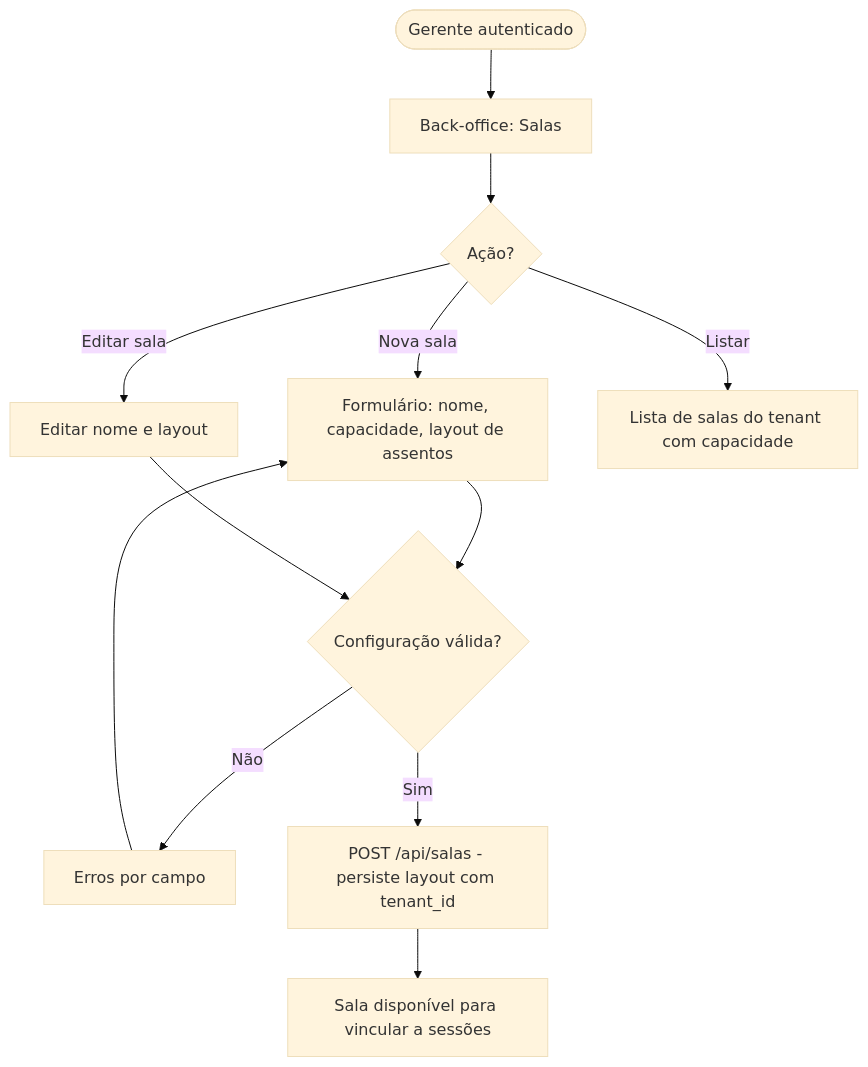
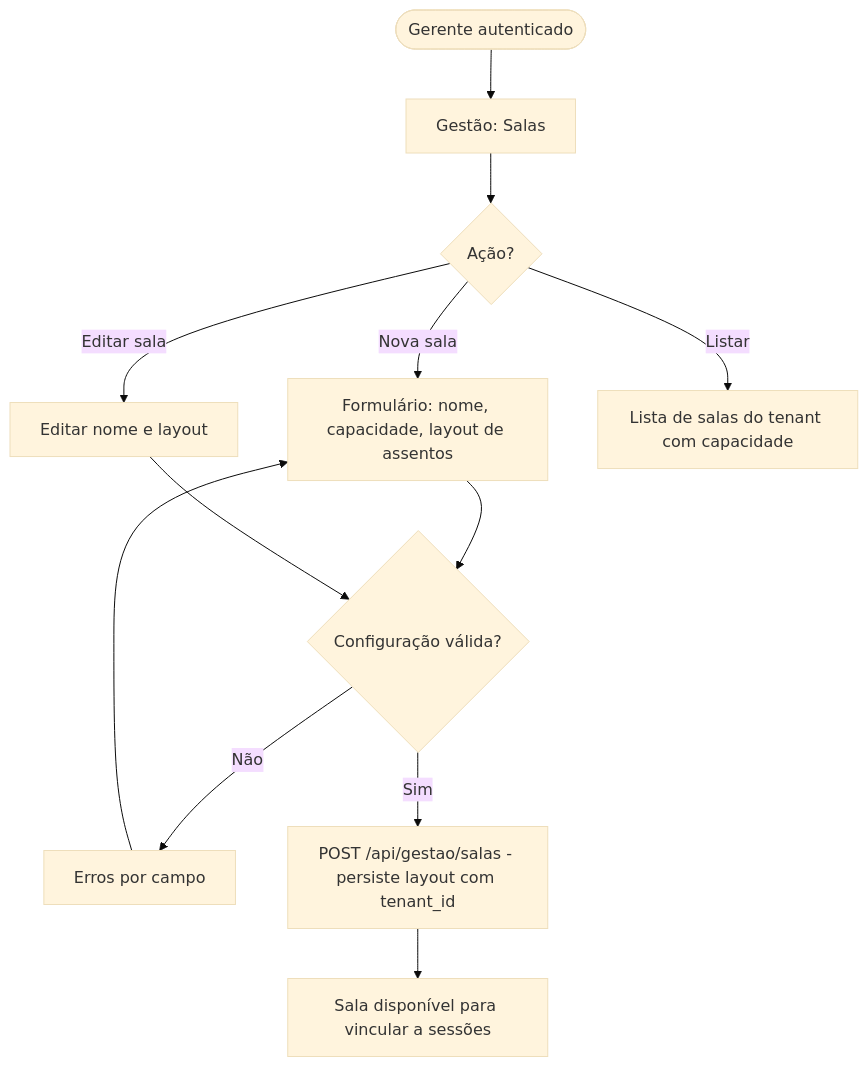
The seventh of 11 diagrams in specs/architecture/ux-design.md (CINESOFT-SOLUTIONS/manual-processos-software), drawn with Mermaid (base theme) before and after one commit. The commit also changed other lines of this file and 16 other files, not shown here.

````diff
--- a/specs/architecture/ux-design.md
+++ b/specs/architecture/ux-design.md
@@ -135,14 +135,14 @@
 ```mermaid
 flowchart TD
-    A([Gerente autenticado]) --> B[Back-office: Salas]
+    A([Gerente autenticado]) --> B[Gestão: Salas]
     B --> C{Ação?}
     C -- Nova sala --> D[Formulário: nome, capacidade, layout de assentos]
     D --> E{Configuração válida?}
     E -- Não --> F[Erros por campo]
     F --> D
-    E -- Sim --> G[POST /api/salas - persiste layout com tenant_id]
+    E -- Sim --> G[POST /api/gestao/salas - persiste layout com tenant_id]
     G --> H[Sala disponível para vincular a sessões]
     C -- Editar sala --> I[Editar nome e layout]
     I --> E
     C -- Listar --> J[Lista de salas do tenant com capacidade]
 ```
````
